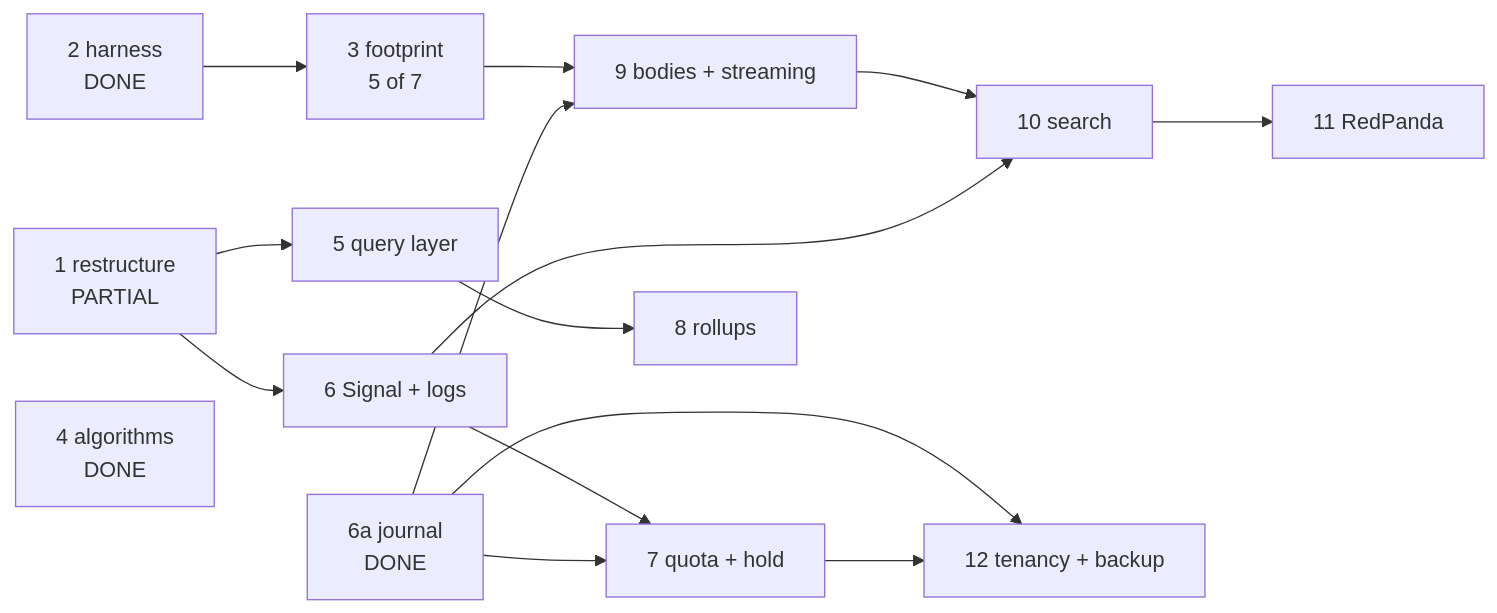
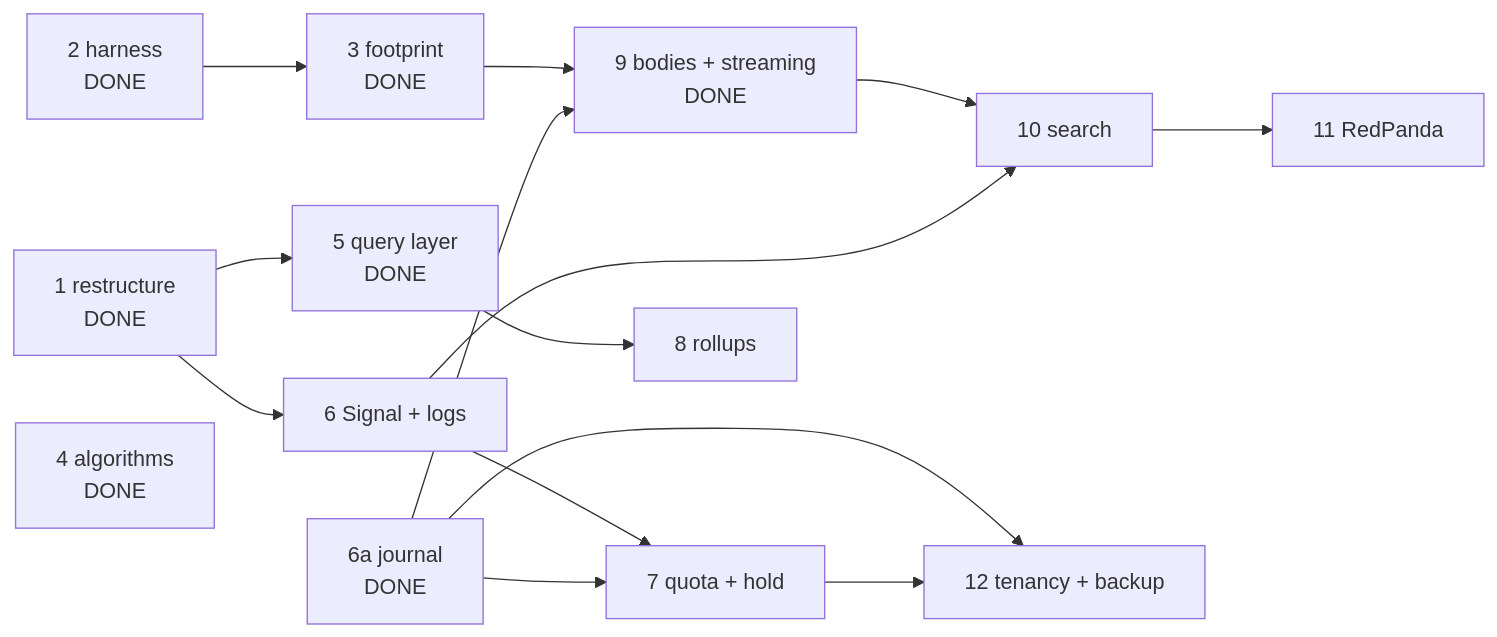
Diagram 11 of 11 in PLAN.md (sideseat/sideseat), drawn with Mermaid before and after one commit. The commit also changed other lines of this file and 527 other files, not shown here.

````diff
--- a/PLAN.md
+++ b/PLAN.md
@@ -800,17 +804,17 @@
 ```mermaid
 graph LR
-    s1["1 restructure<br/>PARTIAL"] --> s5["5 query layer"]
+    s1["1 restructure<br/>DONE"] --> s5["5 query layer<br/>DONE"]
     s1 --> s6["6 Signal + logs"]
-    s2["2 harness<br/>DONE"] --> s3["3 footprint<br/>5 of 7"]
+    s2["2 harness<br/>DONE"] --> s3["3 footprint<br/>DONE"]
     s4["4 algorithms<br/>DONE"]
     s6a["6a journal<br/>DONE"] --> s7["7 quota + hold"]
-    s6a --> s9["9 bodies + streaming"]
+    s6a --> s9["9 bodies + streaming<br/>DONE"]
     s5 --> s8["8 rollups"]
     s6 --> s7
     s6 --> s10["10 search"]
     s9 --> s10
     s3 --> s9
     s7 --> s12["12 tenancy + backup"]
     s10 --> s11["11 RedPanda"]
     s6a --> s12
 ```
````
